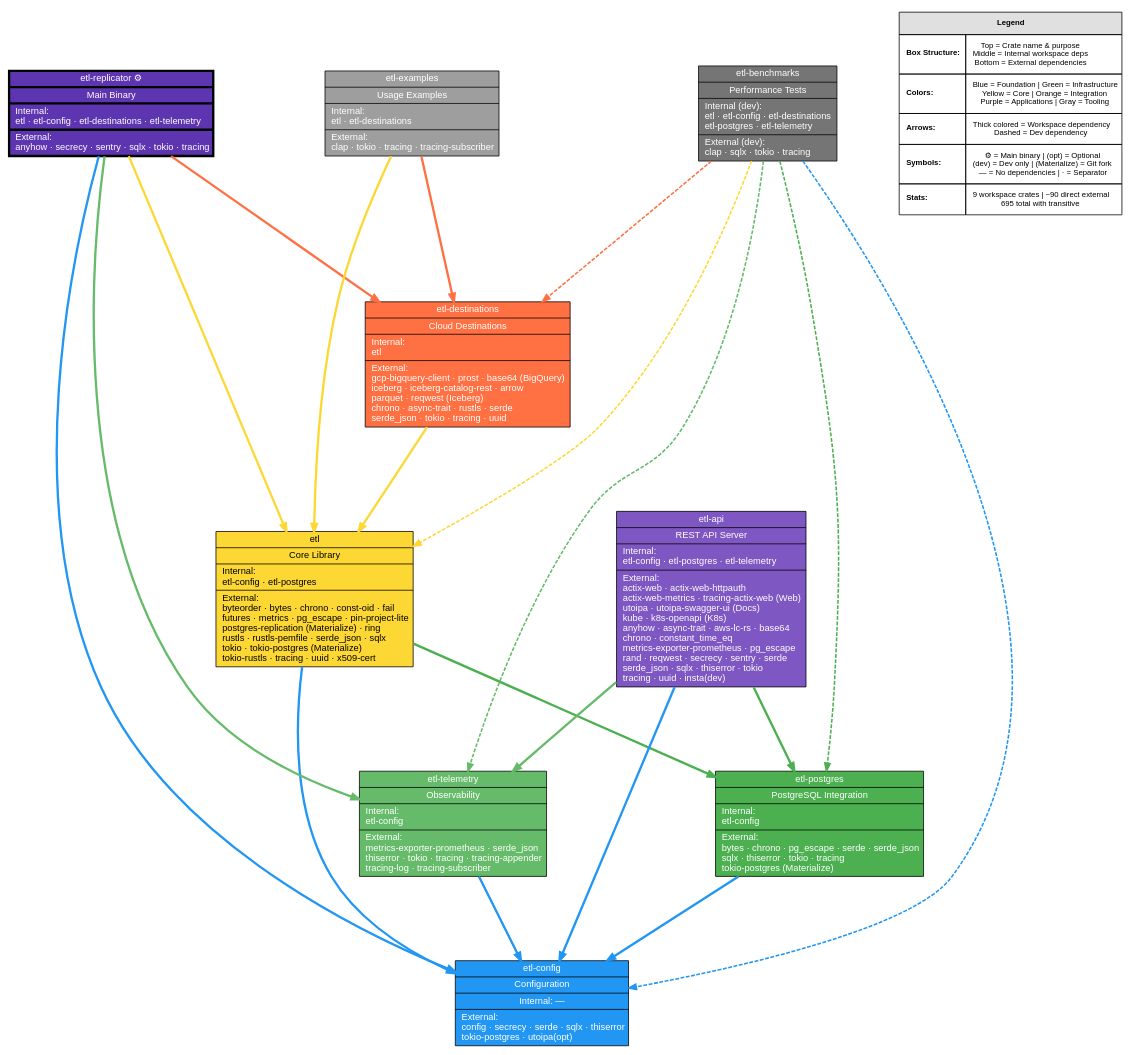
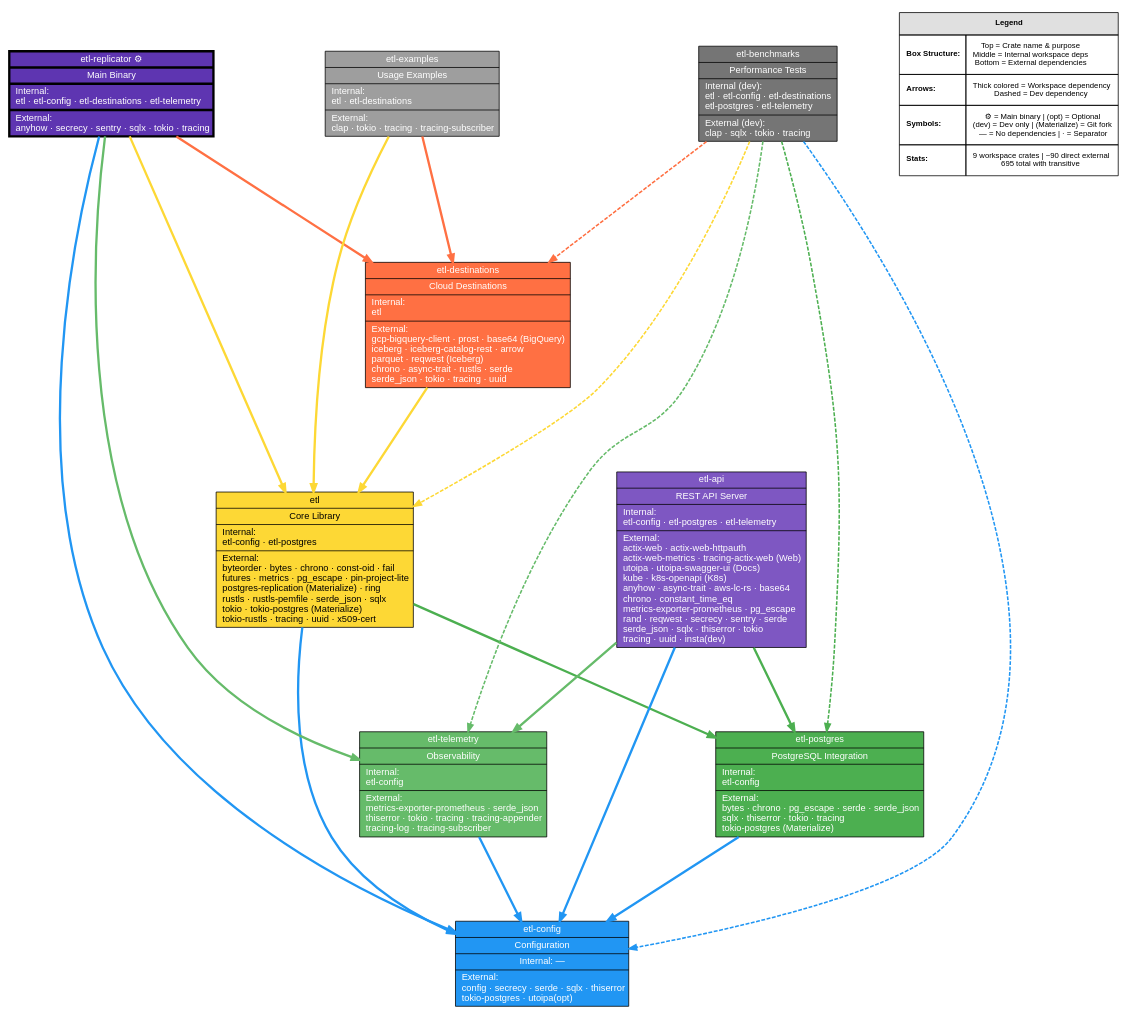
One commit to supabase/etl changed the diagram in dependencies.dot. Above: the diagram before and after it, drawn with Graphviz. The commit also changed 2 other files, not shown here.

```diff
--- a/dependencies.dot
+++ b/dependencies.dot
@@ -1,168 +1,164 @@
 // ETL Complete Dependency Map - Clean Record Layout
 // Generated: 2025-10-30
 // Total Dependencies: 695 unique crates
 // Workspace Crates: 9
 //
 // Render with:
 //   dot -Tpng dependencies.dot -o dependencies.png
 //   dot -Tsvg dependencies.dot -o dependencies.svg
 
 digraph ETL_Dependencies {
     rankdir=TB;
     splines=true;
     nodesep=1.0;
     ranksep=1.5;
 
     node [fontname="Arial", fontsize=10];
     edge [fontsize=9, color="#666666"];
 
     // ================================================================
     // WORKSPACE CRATES
     // ================================================================
 
     "etl-config" [
         shape=record,
         label="{etl-config | Configuration|Internal: —|External:\lconfig · secrecy · serde · sqlx · thiserror\ltokio-postgres · utoipa(opt)\l}",
         fillcolor="#2196f3",
         style=filled,
         fontcolor=white,
         fontsize=12
     ];
 
     "etl-postgres" [
         shape=record,
         label="{etl-postgres | PostgreSQL Integration|Internal:\letl-config\l|External:\lbytes · chrono · pg_escape · serde · serde_json\lsqlx · thiserror · tokio · tracing\ltokio-postgres (Materialize)\l}",
         fillcolor="#4caf50",
         style=filled,
         fontcolor=white,
         fontsize=12
     ];
 
     "etl-telemetry" [
         shape=record,
         label="{etl-telemetry | Observability|Internal:\letl-config\l|External:\lmetrics-exporter-prometheus · serde_json\lthiserror · tokio · tracing · tracing-appender\ltracing-log · tracing-subscriber\l}",
         fillcolor="#66bb6a",
         style=filled,
         fontcolor=white,
         fontsize=12
     ];
 
     "etl" [
         shape=record,
         label="{etl | Core Library|Internal:\letl-config · etl-postgres\l|External:\lbyteorder · bytes · chrono · const-oid · fail\lfutures · metrics · pg_escape · pin-project-lite\lpostgres-replication (Materialize) · ring\lrustls · rustls-pemfile · serde_json · sqlx\ltokio · tokio-postgres (Materialize)\ltokio-rustls · tracing · uuid · x509-cert\l}",
         fillcolor="#fdd835",
         style=filled,
         fontsize=12
     ];
 
     "etl-destinations" [
         shape=record,
         label="{etl-destinations | Cloud Destinations|Internal:\letl\l|External:\lgcp-bigquery-client · prost · base64 (BigQuery)\liceberg · iceberg-catalog-rest · arrow\lparquet · reqwest (Iceberg)\lchrono · async-trait · rustls · serde\lserde_json · tokio · tracing · uuid\l}",
         fillcolor="#ff7043",
         style=filled,
         fontcolor=white,
         fontsize=12
     ];
 
     "etl-api" [
         shape=record,
         label="{etl-api | REST API Server|Internal:\letl-config · etl-postgres · etl-telemetry\l|External:\lactix-web · actix-web-httpauth\lactix-web-metrics · tracing-actix-web (Web)\lutoipa · utoipa-swagger-ui (Docs)\lkube · k8s-openapi (K8s)\lanyhow · async-trait · aws-lc-rs · base64\lchrono · constant_time_eq\lmetrics-exporter-prometheus · pg_escape\lrand · reqwest · secrecy · sentry · serde\lserde_json · sqlx · thiserror · tokio\ltracing · uuid · insta(dev)\l}",
         fillcolor="#7e57c2",
         style=filled,
         fontcolor=white,
         fontsize=12
     ];
 
     "etl-replicator" [
         shape=record,
         label="{etl-replicator ⚙ | Main Binary|Internal:\letl · etl-config · etl-destinations · etl-telemetry\l|External:\lanyhow · secrecy · sentry · sqlx · tokio · tracing\l}",
         fillcolor="#5e35b1",
         style=filled,
         fontcolor=white,
         fontsize=12,
         penwidth=3
     ];
 
     "etl-examples" [
         shape=record,
         label="{etl-examples | Usage Examples|Internal:\letl · etl-destinations\l|External:\lclap · tokio · tracing · tracing-subscriber\l}",
         fillcolor="#9e9e9e",
         style=filled,
         fontcolor=white,
         fontsize=12
     ];
 
     "etl-benchmarks" [
         shape=record,
         label="{etl-benchmarks | Performance Tests|Internal (dev):\letl · etl-config · etl-destinations\letl-postgres · etl-telemetry\l|External (dev):\lclap · sqlx · tokio · tracing\l}",
         fillcolor="#757575",
         style=filled,
         fontcolor=white,
         fontsize=12
     ];
 
     // ================================================================
     // INTERNAL WORKSPACE DEPENDENCIES
     // ================================================================
 
     "etl-postgres" -> "etl-config" [color="#2196f3", penwidth=3];
     "etl-telemetry" -> "etl-config" [color="#2196f3", penwidth=3];
 
     "etl" -> "etl-config" [color="#2196f3", penwidth=3];
     "etl" -> "etl-postgres" [color="#4caf50", penwidth=3];
 
     "etl-destinations" -> "etl" [color="#fdd835", penwidth=3];
 
     "etl-api" -> "etl-config" [color="#2196f3", penwidth=3];
     "etl-api" -> "etl-postgres" [color="#4caf50", penwidth=3];
     "etl-api" -> "etl-telemetry" [color="#66bb6a", penwidth=3];
 
     "etl-replicator" -> "etl" [color="#fdd835", penwidth=3];
     "etl-replicator" -> "etl-config" [color="#2196f3", penwidth=3];
     "etl-replicator" -> "etl-destinations" [color="#ff7043", penwidth=3];
     "etl-replicator" -> "etl-telemetry" [color="#66bb6a", penwidth=3];
 
     "etl-examples" -> "etl" [color="#fdd835", penwidth=3];
     "etl-examples" -> "etl-destinations" [color="#ff7043", penwidth=3];
 
     "etl-benchmarks" -> "etl" [color="#fdd835", penwidth=2, style=dashed];
     "etl-benchmarks" -> "etl-config" [color="#2196f3", penwidth=2, style=dashed];
     "etl-benchmarks" -> "etl-destinations" [color="#ff7043", penwidth=2, style=dashed];
     "etl-benchmarks" -> "etl-postgres" [color="#4caf50", penwidth=2, style=dashed];
     "etl-benchmarks" -> "etl-telemetry" [color="#66bb6a", penwidth=2, style=dashed];
 
     // ================================================================
     // LEGEND
     // ================================================================
 
     legend [
         shape=plaintext,
         label=<
             <table border="0" cellborder="1" cellspacing="0" cellpadding="8">
                 <tr>
                     <td colspan="2" bgcolor="#e0e0e0"><b>Legend</b></td>
                 </tr>
                 <tr>
                     <td align="left"><b>Box Structure:</b></td>
                     <td align="left">Top = Crate name &amp; purpose<br/>Middle = Internal workspace deps<br/>Bottom = External dependencies</td>
                 </tr>
                 <tr>
-                    <td align="left"><b>Colors:</b></td>
-                    <td align="left">Blue = Foundation | Green = Infrastructure<br/>Yellow = Core | Orange = Integration<br/>Purple = Applications | Gray = Tooling</td>
-                </tr>
-                <tr>
                     <td align="left"><b>Arrows:</b></td>
                     <td align="left">Thick colored = Workspace dependency<br/>Dashed = Dev dependency</td>
                 </tr>
                 <tr>
                     <td align="left"><b>Symbols:</b></td>
                     <td align="left">⚙ = Main binary | (opt) = Optional<br/>(dev) = Dev only | (Materialize) = Git fork<br/>— = No dependencies | · = Separator</td>
                 </tr>
                 <tr>
                     <td align="left"><b>Stats:</b></td>
                     <td align="left">9 workspace crates | ~90 direct external<br/>695 total with transitive</td>
                 </tr>
             </table>
         >
     ];
 }
```
